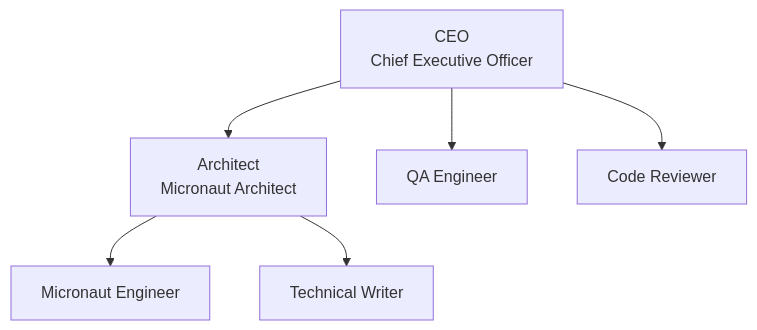
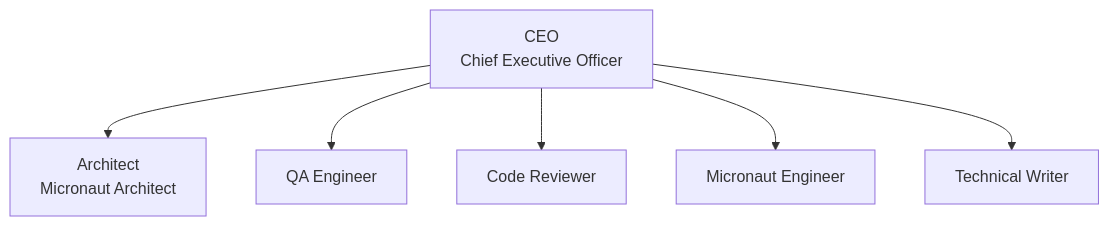
One commit to alvarosanchez/micronaut-agent-company changed the diagram in README.md. Above: the diagram before and after it, drawn with Mermaid. The commit also changed other lines of this file and 2 other files, not shown here.

Commit message:
Flatten company reporting structure

````diff
--- a/README.md
+++ b/README.md
@@ -87,15 +87,15 @@
 ```mermaid
 flowchart TD
     CEO["CEO<br/>Chief Executive Officer"]
     Architect["Architect<br/>Micronaut Architect"]
     QA["QA Engineer"]
     Reviewer["Code Reviewer"]
     Engineer["Micronaut Engineer"]
     Writer["Technical Writer"]
 
     CEO --> Architect
     CEO --> QA
     CEO --> Reviewer
-    Architect --> Engineer
-    Architect --> Writer
+    CEO --> Engineer
+    CEO --> Writer
 ```
````
